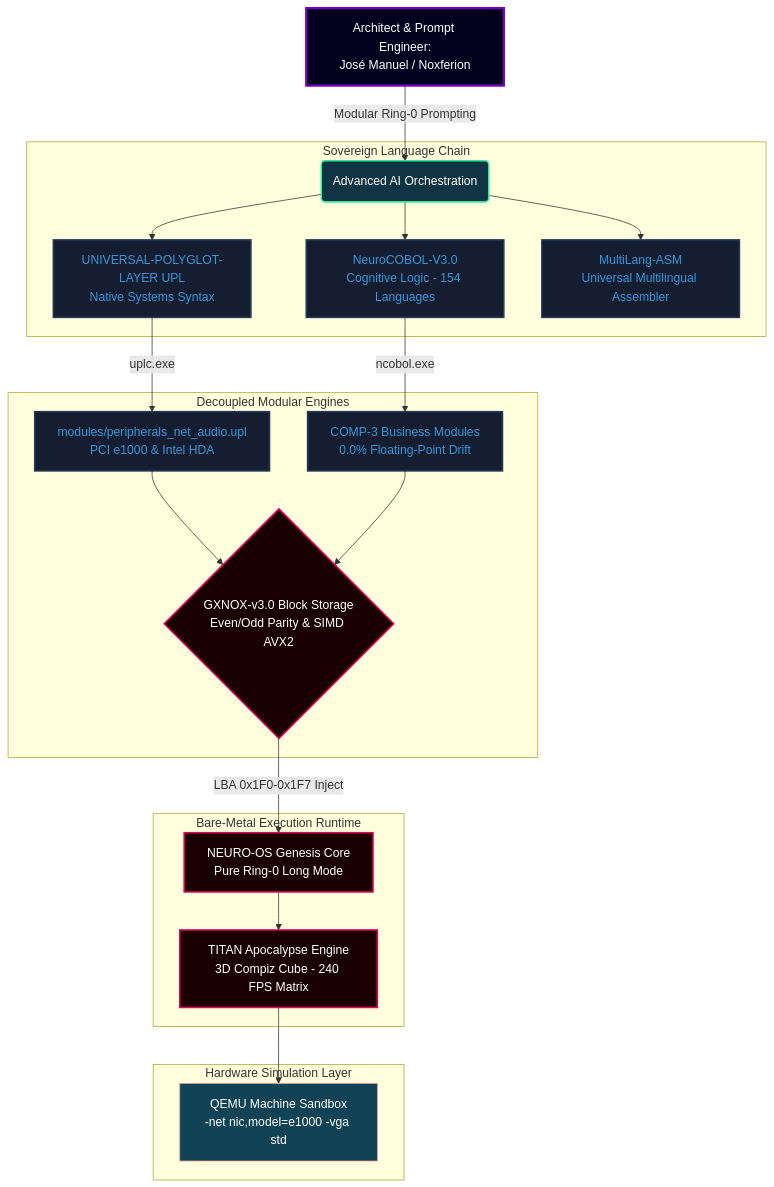
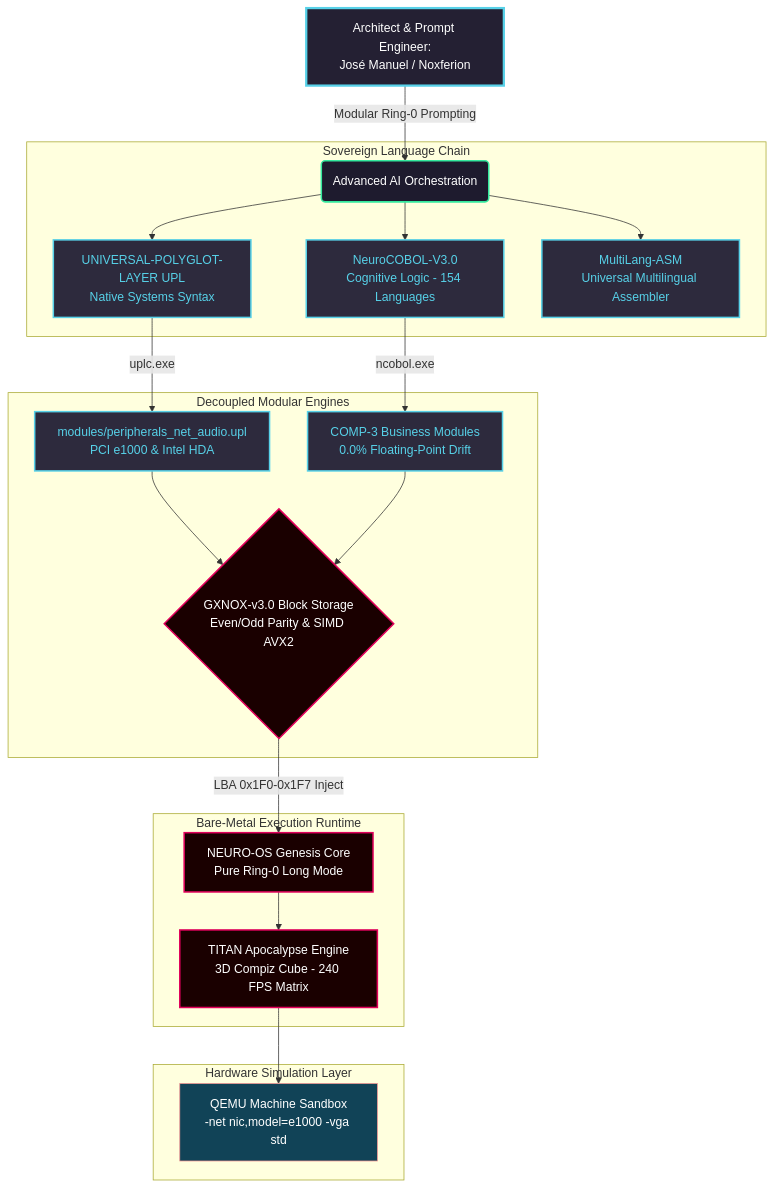
Before and after one commit to cyberenigma-lgtm/cyberenigma-lgtm: the diagram in README.md, drawn with Mermaid. The commit also changed other lines of this file, not shown here.

````diff
--- a/README.md
+++ b/README.md
@@ -121,31 +150,31 @@
 ```mermaid
 graph TD
-    classDef user fill:#03001e,stroke:#7303c0,stroke-width:3px,color:#fff;
-    classDef ai fill:#0f3443,stroke:#34e89e,stroke-width:2px,color:#fff;
-    classDef language fill:#141e30,stroke:#243b55,stroke-width:2px,color:#3498db;
+    classDef user fill:#242033,stroke:#57D1E8,stroke-width:3px,color:#fff;
+    classDef ai fill:#1E1B2E,stroke:#34e89e,stroke-width:2px,color:#fff;
+    classDef language fill:#2D2A3D,stroke:#57D1E8,stroke-width:2px,color:#57D1E8;
     classDef kernel fill:#1a0000,stroke:#e1005b,stroke-width:2px,color:#fff;
     classDef hardware fill:#114357,stroke:#f29492,stroke-width:1px,color:#fff;
 
     A[Architect & Prompt Engineer:<br>José Manuel / Noxferion]:::user -->|Modular Ring-0 Prompting| B(Advanced AI Orchestration):::ai
     
     subgraph Toolchain_Soberana [Sovereign Language Chain]
         B --> C[UNIVERSAL-POLYGLOT-LAYER UPL<br>Native Systems Syntax]:::language
         B --> D[NeuroCOBOL-V3.0<br>Cognitive Logic - 154 Languages]:::language
         B --> K[MultiLang-ASM<br>Universal Multilingual Assembler]:::language
     end
 
     subgraph Persistencia_y_Motores [Decoupled Modular Engines]
         C -->|uplc.exe| E[modules/peripherals_net_audio.upl<br>PCI e1000 & Intel HDA]:::language
         D -->|ncobol.exe| F[COMP-3 Business Modules<br>0.0% Floating-Point Drift]:::language
         E & F --> G{GXNOX-v3.0 Block Storage<br>Even/Odd Parity & SIMD AVX2}:::kernel
     end
 
     subgraph Nucleo_y_Graficos [Bare-Metal Execution Runtime]
         G -->|LBA 0x1F0-0x1F7 Inject| H[NEURO-OS Genesis Core<br>Pure Ring-0 Long Mode]:::kernel
         H --> I[TITAN Apocalypse Engine<br>3D Compiz Cube - 240 FPS Matrix]:::kernel
     end
     
     subgraph Emulacion_Fisica [Hardware Simulation Layer]
         I --> J[QEMU Machine Sandbox<br>-net nic,model=e1000 -vga std]:::hardware
     end
 ```
````
